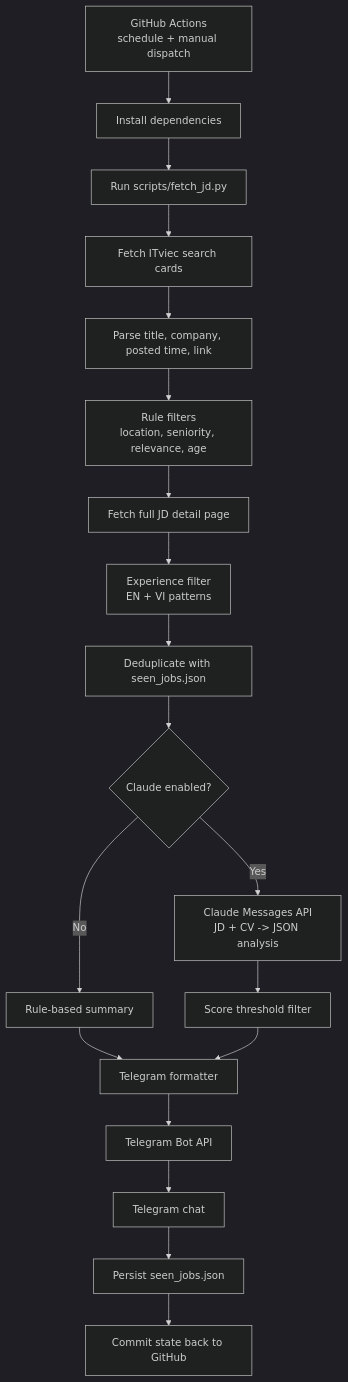
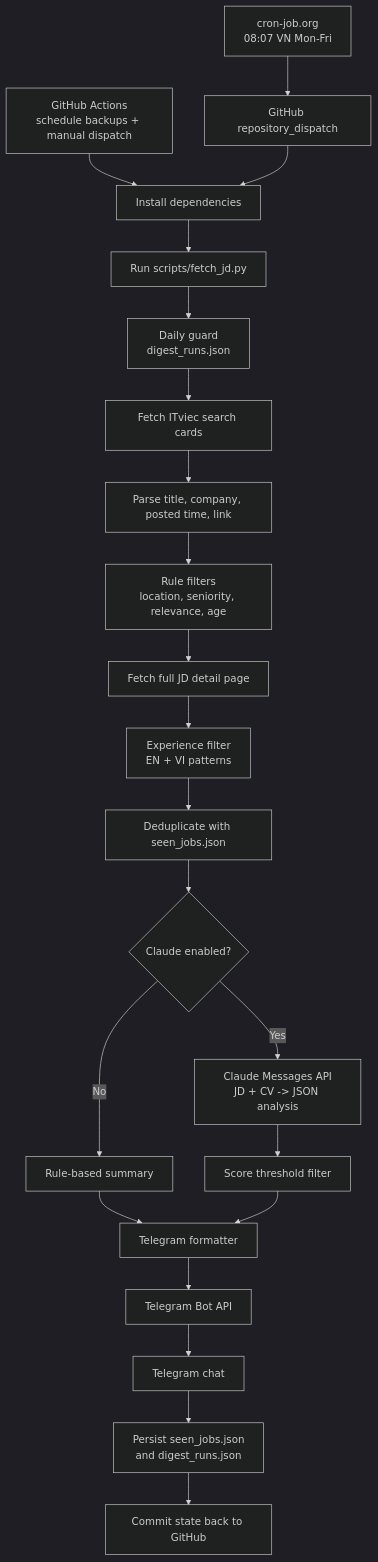
One commit to ThanhLam-NetEng/jd-daily-bot changed the diagram in README.md. Above: the diagram before and after it, drawn with Mermaid (dark theme). The commit also changed other lines of this file, not shown here.

Commit message:
docs: document cron-job primary schedule

````diff
--- a/README.md
+++ b/README.md
@@ -63,21 +63,24 @@
 ```mermaid
 flowchart TD
-    A[GitHub Actions<br/>schedule + manual dispatch] --> B[Install dependencies]
-    B --> C[Run scripts/fetch_jd.py]
-    C --> D[Fetch ITviec search cards]
-    D --> E[Parse title, company, posted time, link]
-    E --> F[Rule filters<br/>location, seniority, relevance, age]
-    F --> G[Fetch full JD detail page]
-    G --> H[Experience filter<br/>EN + VI patterns]
-    H --> I[Deduplicate with seen_jobs.json]
-    I --> J{Claude enabled?}
-    J -->|Yes| K[Claude Messages API<br/>JD + CV -> JSON analysis]
-    J -->|No| L[Rule-based summary]
-    K --> M[Score threshold filter]
-    L --> N[Telegram formatter]
-    M --> N
-    N --> O[Telegram Bot API]
-    O --> P[Telegram chat]
-    P --> Q[Persist seen_jobs.json]
-    Q --> R[Commit state back to GitHub]
+    A[cron-job.org<br/>08:07 VN Mon-Fri] --> B[GitHub repository_dispatch]
+    C[GitHub Actions<br/>schedule backups + manual dispatch] --> D[Install dependencies]
+    B --> D
+    D --> E[Run scripts/fetch_jd.py]
+    E --> F[Daily guard<br/>digest_runs.json]
+    F --> G[Fetch ITviec search cards]
+    G --> H[Parse title, company, posted time, link]
+    H --> I[Rule filters<br/>location, seniority, relevance, age]
+    I --> J[Fetch full JD detail page]
+    J --> K[Experience filter<br/>EN + VI patterns]
+    K --> L[Deduplicate with seen_jobs.json]
+    L --> M{Claude enabled?}
+    M -->|Yes| N[Claude Messages API<br/>JD + CV -> JSON analysis]
+    M -->|No| O[Rule-based summary]
+    N --> P[Score threshold filter]
+    O --> Q[Telegram formatter]
+    P --> Q
+    Q --> R[Telegram Bot API]
+    R --> S[Telegram chat]
+    S --> T[Persist seen_jobs.json<br/>and digest_runs.json]
+    T --> U[Commit state back to GitHub]
 ```
````
